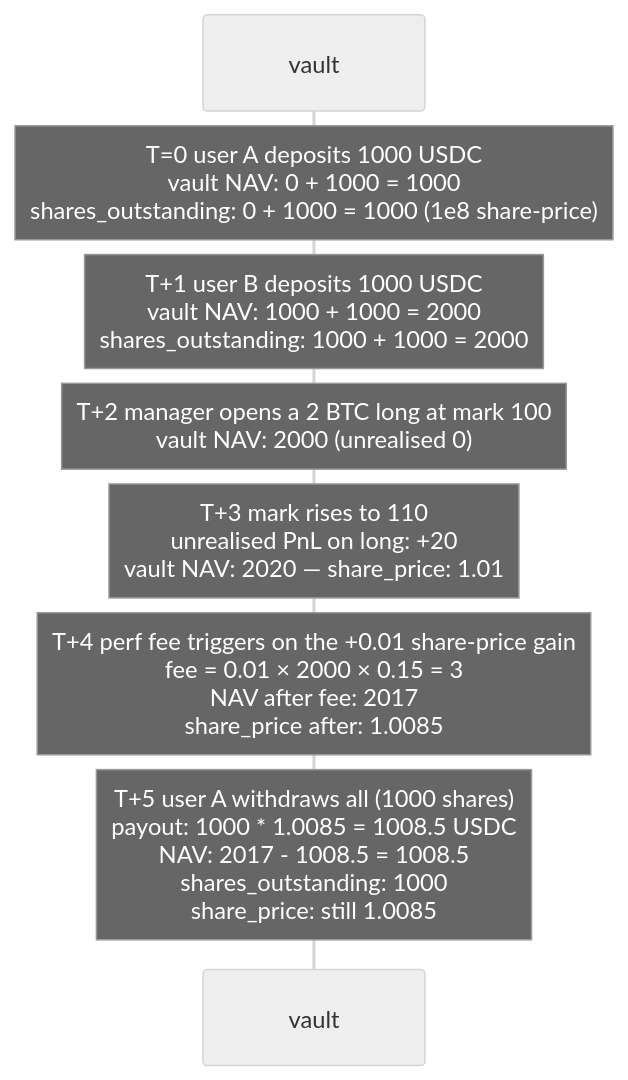
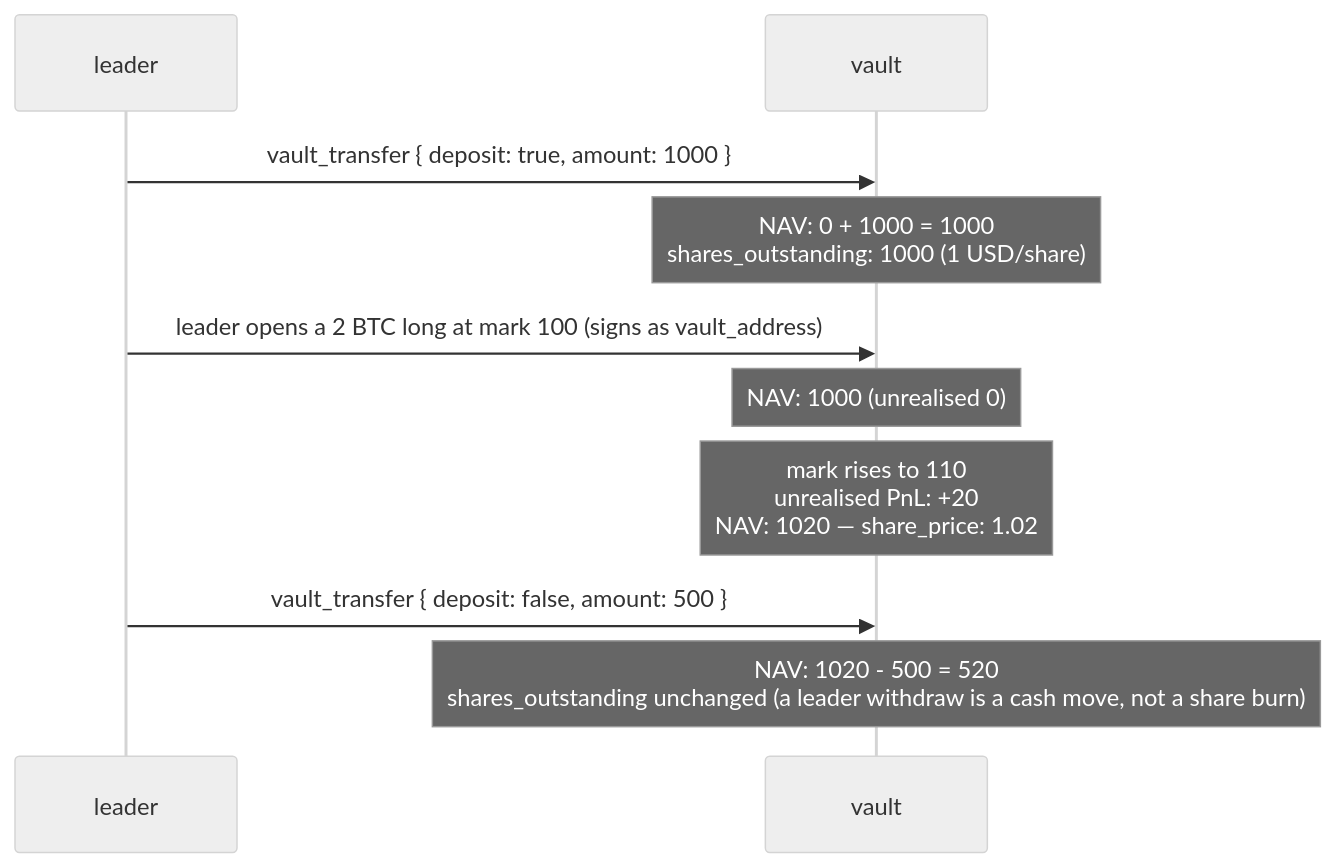
The second of 2 diagrams in docs/concepts/vaults.md (mtf-exchange/metaflux-knowledges), drawn with Mermaid (neutral theme) before and after one commit. The commit also changed other lines of this file and 31 other files, not shown here.

````diff
--- a/docs/concepts/vaults.md
+++ b/docs/concepts/vaults.md
@@ -196,10 +223,12 @@
 ```mermaid
 sequenceDiagram
+    participant leader
     participant vault
-    Note over vault: T=0 user A deposits 1000 USDC<br/>vault NAV: 0 + 1000 = 1000<br/>shares_outstanding: 0 + 1000 = 1000 (1e8 share-price)
-    Note over vault: T+1 user B deposits 1000 USDC<br/>vault NAV: 1000 + 1000 = 2000<br/>shares_outstanding: 1000 + 1000 = 2000
-    Note over vault: T+2 manager opens a 2 BTC long at mark 100<br/>vault NAV: 2000 (unrealised 0)
-    Note over vault: T+3 mark rises to 110<br/>unrealised PnL on long: +20<br/>vault NAV: 2020 — share_price: 1.01
-    Note over vault: T+4 perf fee triggers on the +0.01 share-price gain<br/>fee = 0.01 × 2000 × 0.15 = 3<br/>NAV after fee: 2017<br/>share_price after: 1.0085
-    Note over vault: T+5 user A withdraws all (1000 shares)<br/>payout: 1000 * 1.0085 = 1008.5 USDC<br/>NAV: 2017 - 1008.5 = 1008.5<br/>shares_outstanding: 1000<br/>share_price: still 1.0085
+    leader->>vault: vault_transfer { deposit: true, amount: 1000 }
+    Note over vault: NAV: 0 + 1000 = 1000<br/>shares_outstanding: 1000 (1 USD/share)
+    leader->>vault: leader opens a 2 BTC long at mark 100 (signs as vault_address)
+    Note over vault: NAV: 1000 (unrealised 0)
+    Note over vault: mark rises to 110<br/>unrealised PnL: +20<br/>NAV: 1020 — share_price: 1.02
+    leader->>vault: vault_transfer { deposit: false, amount: 500 }
+    Note over vault: NAV: 1020 - 500 = 520<br/>shares_outstanding unchanged (a leader withdraw is a cash move, not a share burn)
 ```
````
